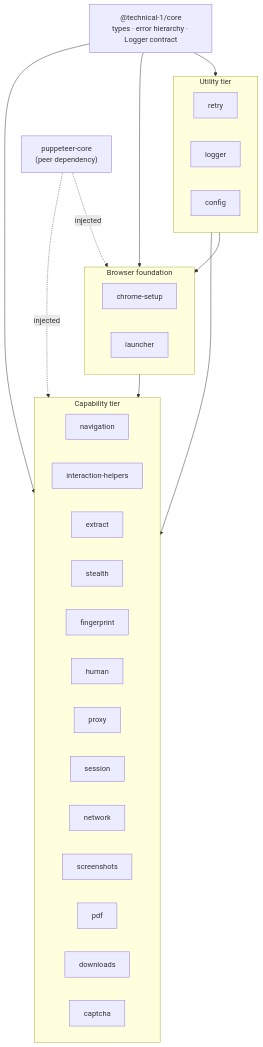
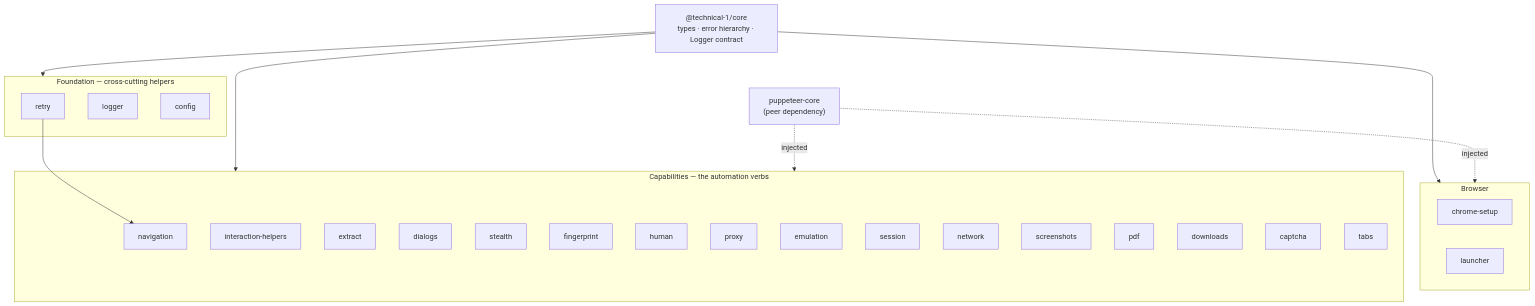
Before and after one commit to Technical-1/Puppeteer-Packages: the diagram in .portfolio/architecture.md, drawn with Mermaid. The commit also changed other lines of this file and 3 other files, not shown here.

````diff
--- a/.portfolio/architecture.md
+++ b/.portfolio/architecture.md
@@ -7,42 +7,43 @@
 ```mermaid
 flowchart TD
     core["@technical-1/core<br/>types · error hierarchy · Logger contract"]
 
-    subgraph utility[Utility tier]
+    subgraph foundation[Foundation — cross-cutting helpers]
         retry
         logger
         config
     end
 
-    subgraph foundation[Browser foundation]
+    subgraph browser[Browser]
         chrome-setup
         launcher
     end
 
-    subgraph capability[Capability tier]
+    subgraph capability[Capabilities — the automation verbs]
         navigation
         interaction-helpers
         extract
+        dialogs
         stealth
         fingerprint
         human
         proxy
+        emulation
         session
         network
         screenshots
         pdf
         downloads
         captcha
+        tabs
     end
 
     pptr["puppeteer-core<br/>(peer dependency)"]
 
-    core --> utility
     core --> foundation
-    utility --> foundation
-    foundation --> capability
-    utility --> capability
+    core --> browser
     core --> capability
-    pptr -. injected .-> foundation
+    retry --> navigation
+    pptr -. injected .-> browser
     pptr -. injected .-> capability
 ```
````
